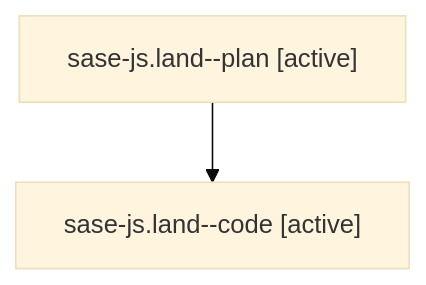
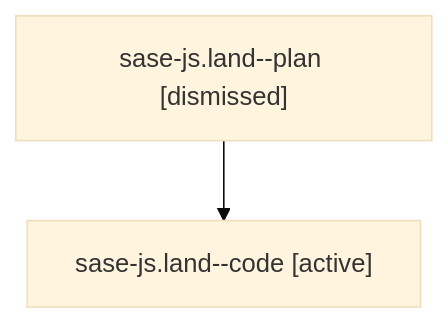
The diagram in families/bbugyi200.athena.sase-js.land.md (sase-org/sase--agents), drawn with Mermaid (base theme) before and after one commit. The commit also changed other lines of this file and 1163 other files, not shown here.

````diff
--- a/families/bbugyi200.athena.sase-js.land.md
+++ b/families/bbugyi200.athena.sase-js.land.md
@@ -9,6 +9,6 @@
 ```mermaid
 flowchart TD
-  n0["sase-js.land--plan [active]"]
+  n0["sase-js.land--plan [dismissed]"]
   n1["sase-js.land--code [active]"]
   n0 --> n1
 ```
````
